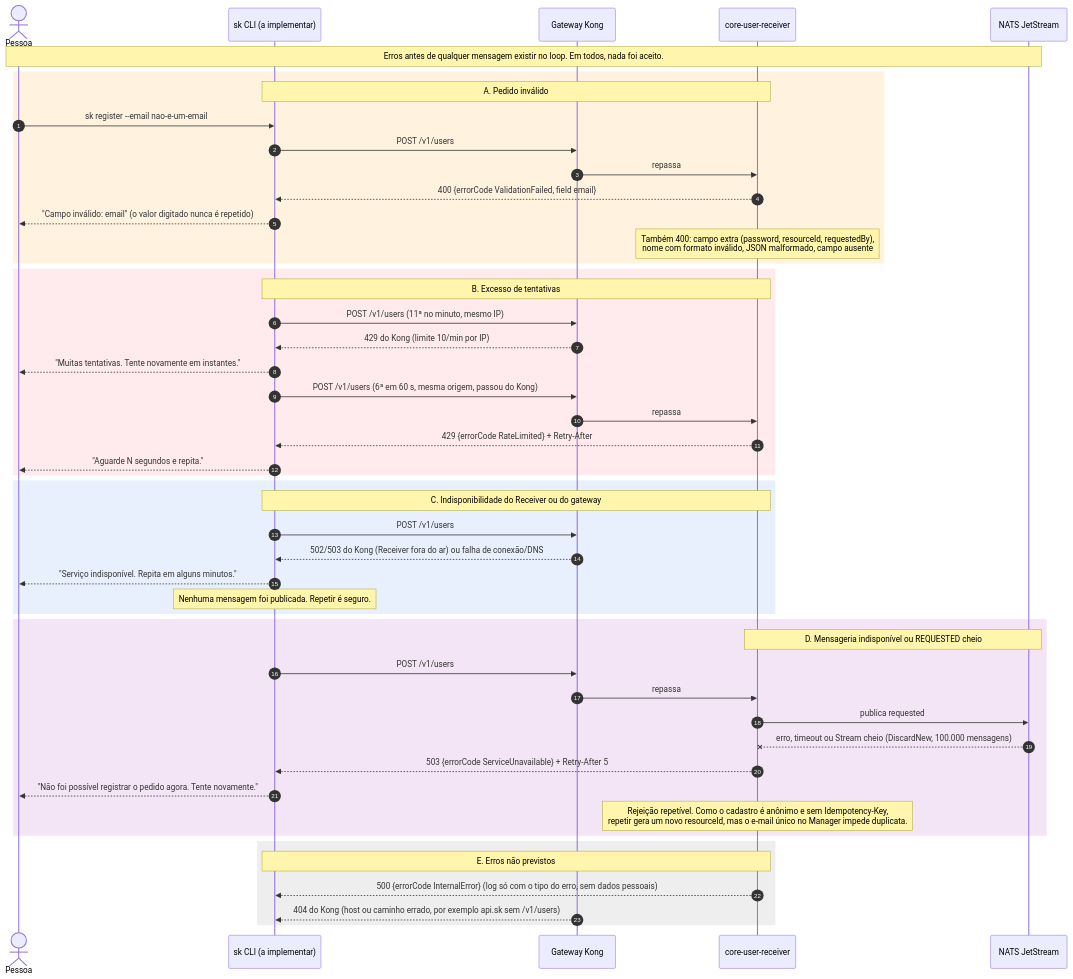
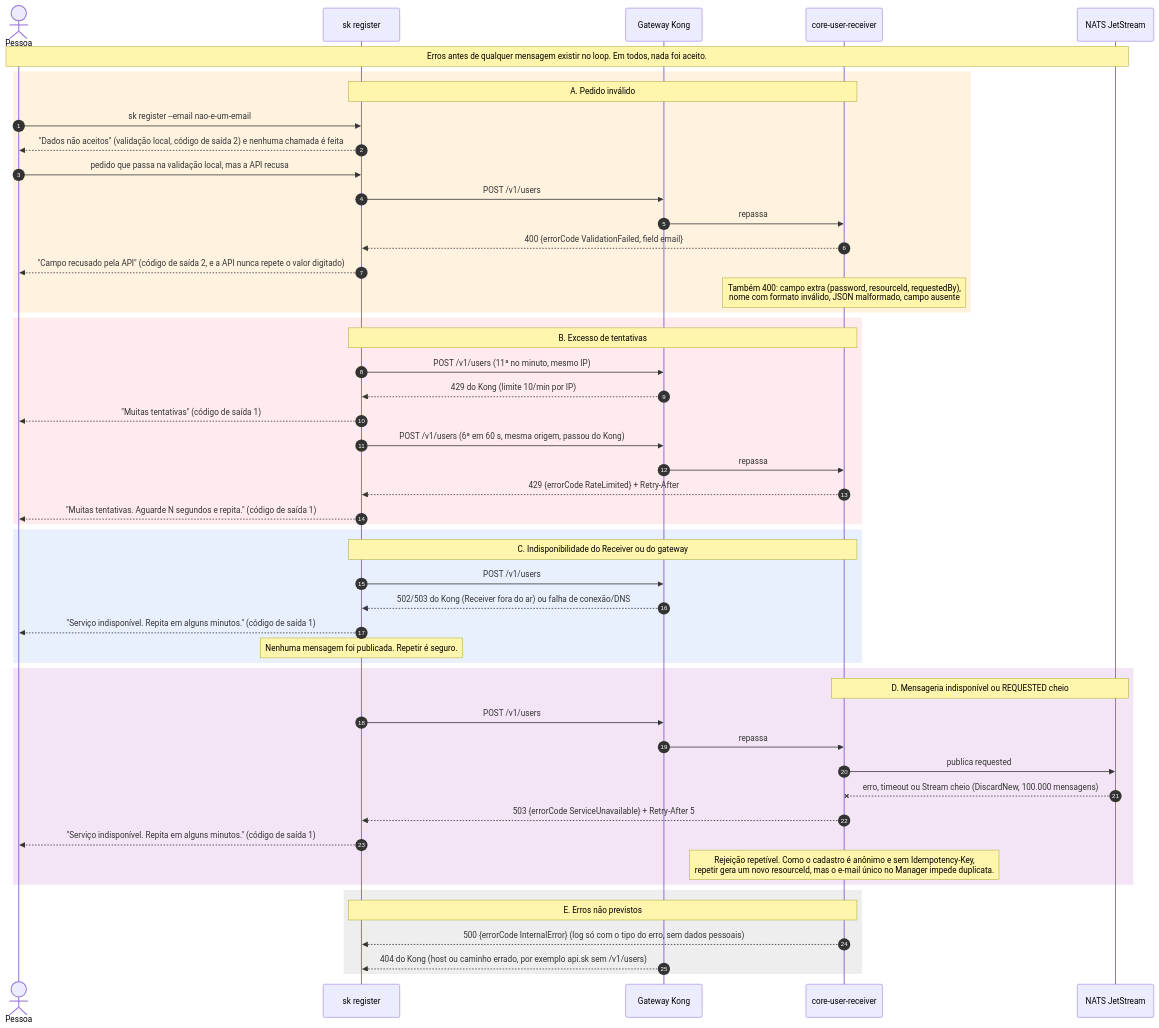
One commit to danielsabatini/smarkee changed the diagram in features/core/user/docs/flow/02-validacao-e-borda.mmd. Above: the diagram before and after it, drawn with Mermaid. The commit also changed 15 other files, not shown here.

```diff
--- a/features/core/user/docs/flow/02-validacao-e-borda.mmd
+++ b/features/core/user/docs/flow/02-validacao-e-borda.mmd
@@ -1,55 +1,57 @@
 sequenceDiagram
     autonumber
     actor U as Pessoa
-    participant CLI as sk CLI (a implementar)
+    participant CLI as sk register
     participant GW as Gateway Kong
     participant Receiver as core-user-receiver
     participant N as NATS JetStream
 
     Note over U,N: Erros antes de qualquer mensagem existir no loop. Em todos, nada foi aceito.
 
     rect rgb(255,243,224)
     Note over CLI,Receiver: A. Pedido inválido
     U->>CLI: sk register --email nao-e-um-email
+    CLI-->>U: "Dados não aceitos" (validação local, código de saída 2) e nenhuma chamada é feita
+    U->>CLI: pedido que passa na validação local, mas a API recusa
     CLI->>GW: POST /v1/users
     GW->>Receiver: repassa
     Receiver-->>CLI: 400 {errorCode ValidationFailed, field email}
-    CLI-->>U: "Campo inválido: email" (o valor digitado nunca é repetido)
+    CLI-->>U: "Campo recusado pela API" (código de saída 2, e a API nunca repete o valor digitado)
     Note over Receiver: Também 400: campo extra (password, resourceId, requestedBy),<br/>nome com formato inválido, JSON malformado, campo ausente
     end
 
     rect rgb(255,235,238)
     Note over CLI,Receiver: B. Excesso de tentativas
     CLI->>GW: POST /v1/users (11ª no minuto, mesmo IP)
     GW-->>CLI: 429 do Kong (limite 10/min por IP)
-    CLI-->>U: "Muitas tentativas. Tente novamente em instantes."
+    CLI-->>U: "Muitas tentativas" (código de saída 1)
     CLI->>GW: POST /v1/users (6ª em 60 s, mesma origem, passou do Kong)
     GW->>Receiver: repassa
     Receiver-->>CLI: 429 {errorCode RateLimited} + Retry-After
-    CLI-->>U: "Aguarde N segundos e repita."
+    CLI-->>U: "Muitas tentativas. Aguarde N segundos e repita." (código de saída 1)
     end
 
     rect rgb(232,240,254)
     Note over CLI,Receiver: C. Indisponibilidade do Receiver ou do gateway
     CLI->>GW: POST /v1/users
     GW-->>CLI: 502/503 do Kong (Receiver fora do ar) ou falha de conexão/DNS
-    CLI-->>U: "Serviço indisponível. Repita em alguns minutos."
+    CLI-->>U: "Serviço indisponível. Repita em alguns minutos." (código de saída 1)
     Note over CLI: Nenhuma mensagem foi publicada. Repetir é seguro.
     end
 
     rect rgb(243,229,245)
     Note over Receiver,N: D. Mensageria indisponível ou REQUESTED cheio
     CLI->>GW: POST /v1/users
     GW->>Receiver: repassa
     Receiver->>N: publica requested
     N--xReceiver: erro, timeout ou Stream cheio (DiscardNew, 100.000 mensagens)
     Receiver-->>CLI: 503 {errorCode ServiceUnavailable} + Retry-After 5
-    CLI-->>U: "Não foi possível registrar o pedido agora. Tente novamente."
+    CLI-->>U: "Serviço indisponível. Repita em alguns minutos." (código de saída 1)
     Note over Receiver: Rejeição repetível. Como o cadastro é anônimo e sem Idempotency-Key,<br/>repetir gera um novo resourceId, mas o e-mail único no Manager impede duplicata.
     end
 
     rect rgb(238,238,238)
     Note over CLI,Receiver: E. Erros não previstos
     Receiver-->>CLI: 500 {errorCode InternalError} (log só com o tipo do erro, sem dados pessoais)
     GW-->>CLI: 404 do Kong (host ou caminho errado, por exemplo api.sk sem /v1/users)
     end
```
